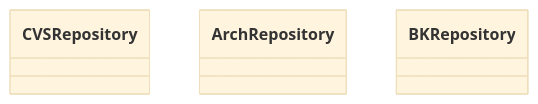
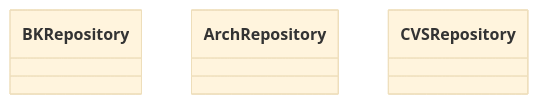
Before and after one commit to oeg-upm/Devos: the diagram in output/Top_in_lov_any_property/doap.rdf-description.md, drawn with Mermaid (base theme). The commit also changed other lines of this file and 186 other files, not shown here.

````diff
--- a/output/Top_in_lov_any_property/doap.rdf-description.md
+++ b/output/Top_in_lov_any_property/doap.rdf-description.md
@@ -1,19 +1,19 @@
 ```mermaid
 	classDiagram
 
     
-    class CVSRepository {
+    class BKRepository {
     
     }
 
     class ArchRepository {
     
     }
 
-    class BKRepository {
+    class CVSRepository {
     
     }
 
 
 
 ```
````
